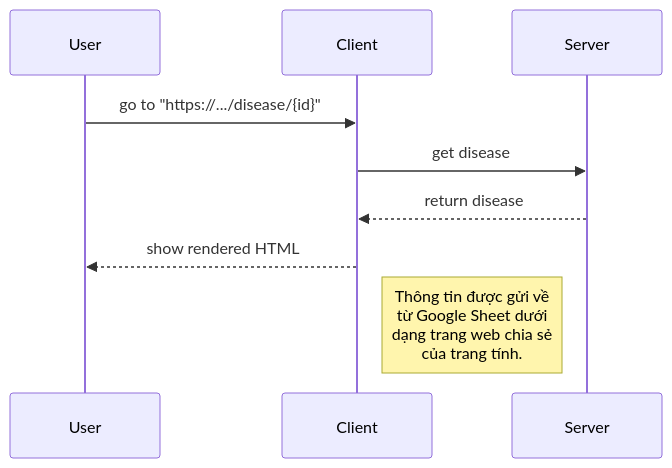
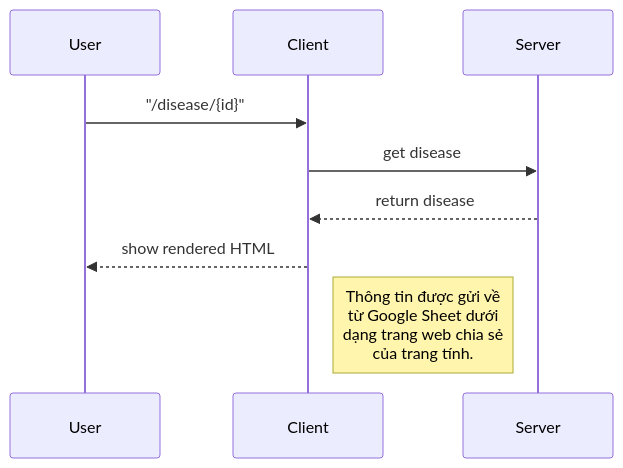
Before and after one commit to itvkist/infectious-disease: the first of 2 diagrams in BE_README.md, drawn with Mermaid.

````diff
--- a/BE_README.md
+++ b/BE_README.md
@@ -1,8 +1,8 @@
 ```mermaid
 sequenceDiagram
-User ->> Client: go to "https://.../disease/{id}"
+User ->> Client: "/disease/{id}"
 Client ->> Server: get disease
 Server-->>Client: return disease
 Client -->> User: show rendered HTML
 Note right of Client: Thông tin được gửi về <br/> từ Google Sheet dưới <br/> dạng trang web chia sẻ <br/> của trang tính.
 ```
````
